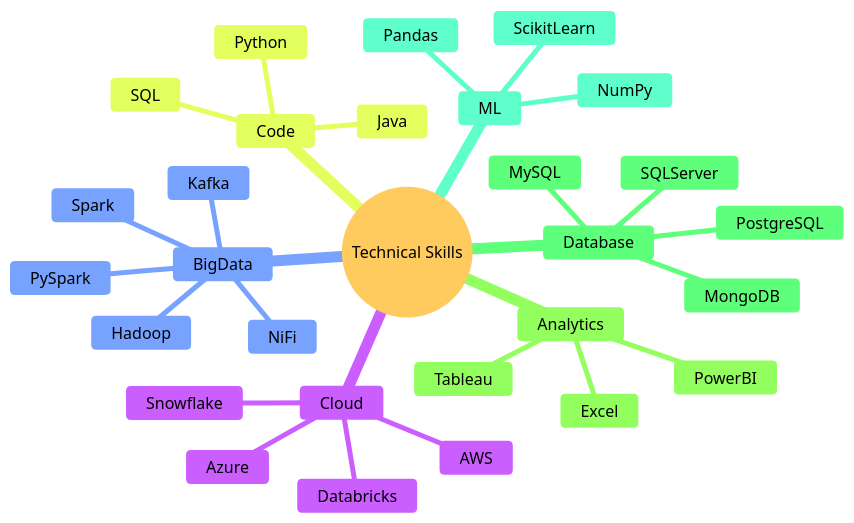
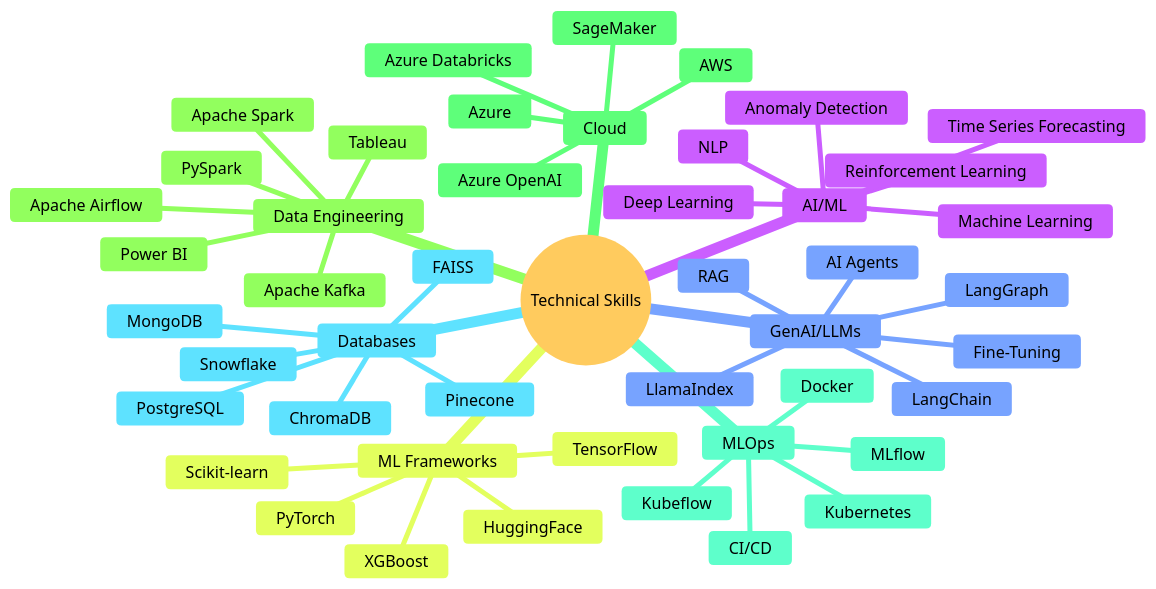
One commit to SumanthKumar00/SumanthKumar00 changed the second of 2 diagrams in README.md. Above: the diagram before and after it, drawn with Mermaid. The commit also changed other lines of this file, not shown here.

````diff
--- a/README.md
+++ b/README.md
@@ -178,33 +85,51 @@
 ```mermaid
 %%{init: {'theme': 'base', 'themeVariables': { 'primaryTextColor': '#000000', 'secondaryTextColor': '#000000', 'tertiaryTextColor': '#000000'}}}%%
 mindmap
   root((Technical Skills))
+    AI/ML
+      Machine Learning
+      Deep Learning
+      NLP
+      Reinforcement Learning
+      Time Series Forecasting
+      Anomaly Detection
+    GenAI/LLMs
+      RAG
+      Fine-Tuning
+      AI Agents
+      LangChain
+      LangGraph
+      LlamaIndex
+    ML Frameworks
+      PyTorch
+      TensorFlow
+      Scikit-learn
+      XGBoost
+      HuggingFace
+    Data Engineering
+      PySpark
+      Apache Spark
+      Apache Kafka
+      Apache Airflow
+      Power BI
+      Tableau
     Cloud
+      AWS
       Azure
-      AWS
+      SageMaker
+      Azure OpenAI
+      Azure Databricks
+    MLOps
+      MLflow
+      Kubeflow
+      Docker
+      Kubernetes
+      CI/CD
+    Databases
+      PostgreSQL
+      MongoDB
       Snowflake
-      Databricks
-    BigData
-      Spark
-      PySpark
-      Hadoop
-      Kafka
-      NiFi
-    Code
-      Python
-      SQL
-      Java
-    Analytics
-      Tableau
-      PowerBI
-      Excel
-    Database
-      SQLServer
-      PostgreSQL
-      MySQL
-      MongoDB
-    ML
-      Pandas
-      NumPy
-      ScikitLearn
+      Pinecone
+      ChromaDB
+      FAISS
 ```
````
